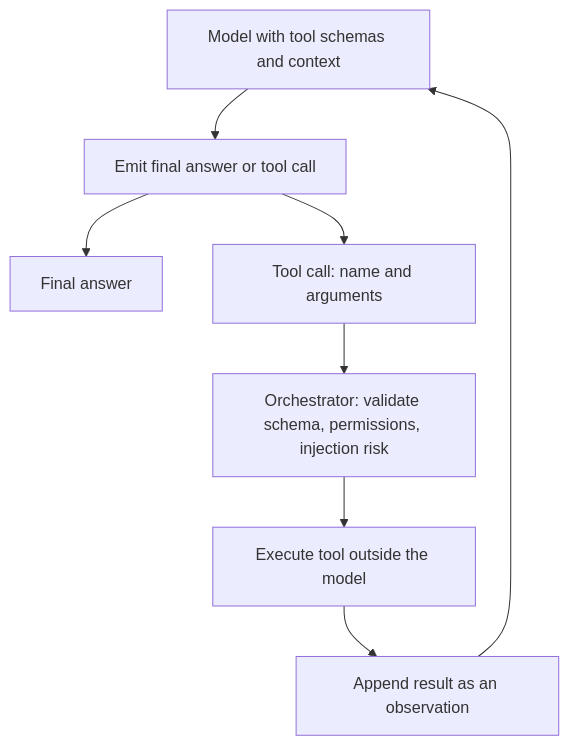
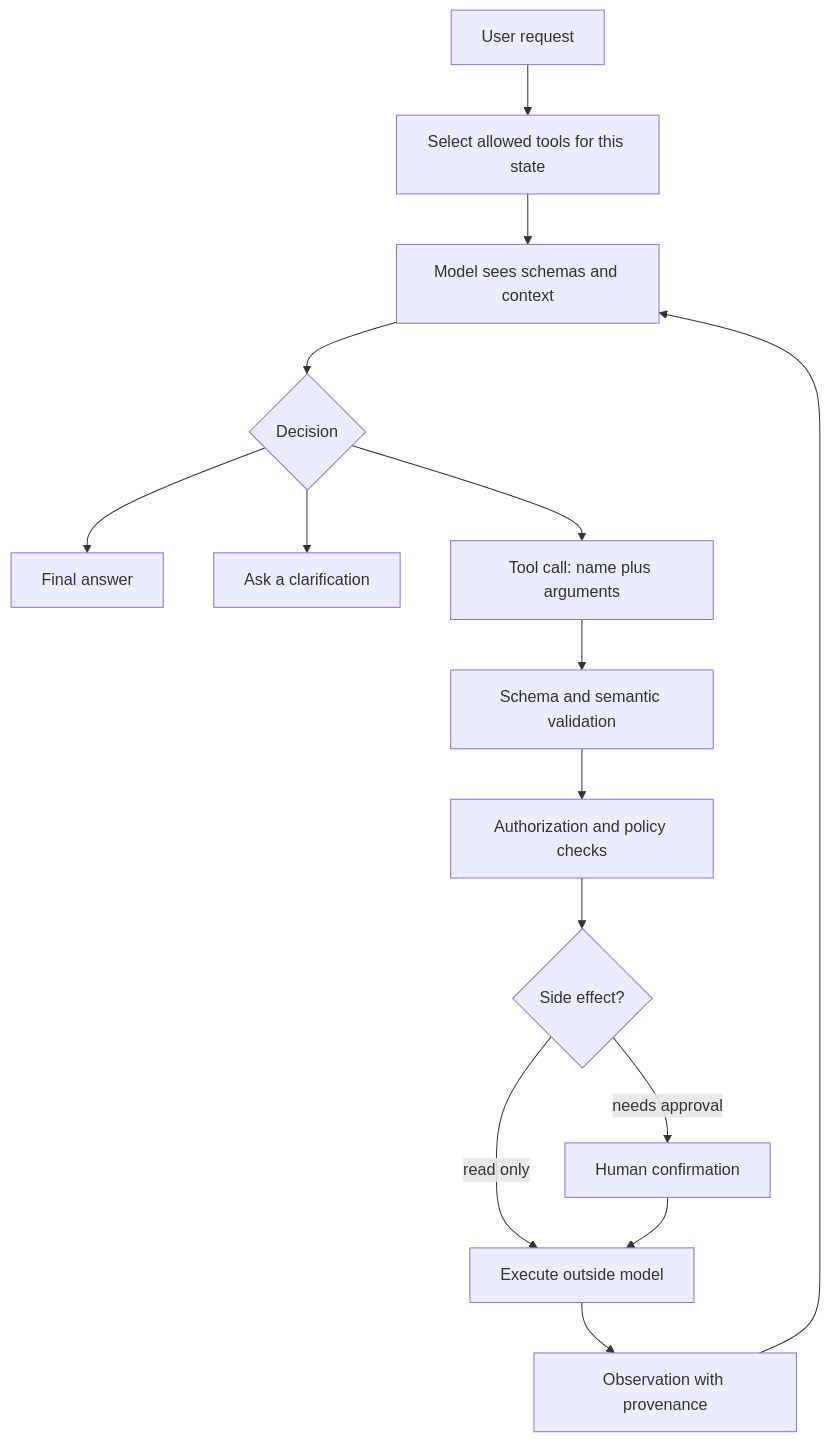
One commit to tilt/data-science-wiki changed the diagram in content/11-generative-ai/tool-use-and-function-calling.md. Above: the diagram before and after it, drawn with Mermaid. The commit also changed other lines of this file and 56 other files, not shown here.

````diff
--- a/content/11-generative-ai/tool-use-and-function-calling.md
+++ b/content/11-generative-ai/tool-use-and-function-calling.md
@@ -38,10 +74,17 @@
 ```mermaid
 flowchart TD
-  Model[Model with tool schemas and context] --> Decide[Emit final answer or tool call]
-  Decide --> Answer[Final answer]
-  Decide --> Call[Tool call: name and arguments]
-  Call --> Checks[Orchestrator: validate schema, permissions, injection risk]
-  Checks --> Execute[Execute tool outside the model]
-  Execute --> Observation[Append result as an observation]
+  User[User request] --> Scope[Select allowed tools for this state]
+  Scope --> Model[Model sees schemas and context]
+  Model --> Decision{Decision}
+  Decision --> Final[Final answer]
+  Decision --> Clarify[Ask a clarification]
+  Decision --> Call[Tool call: name plus arguments]
+  Call --> Validate[Schema and semantic validation]
+  Validate --> Auth[Authorization and policy checks]
+  Auth --> Confirm{Side effect?}
+  Confirm -->|needs approval| Human[Human confirmation]
+  Confirm -->|read only| Execute[Execute outside model]
+  Human --> Execute
+  Execute --> Observation[Observation with provenance]
   Observation --> Model
 ```
````
